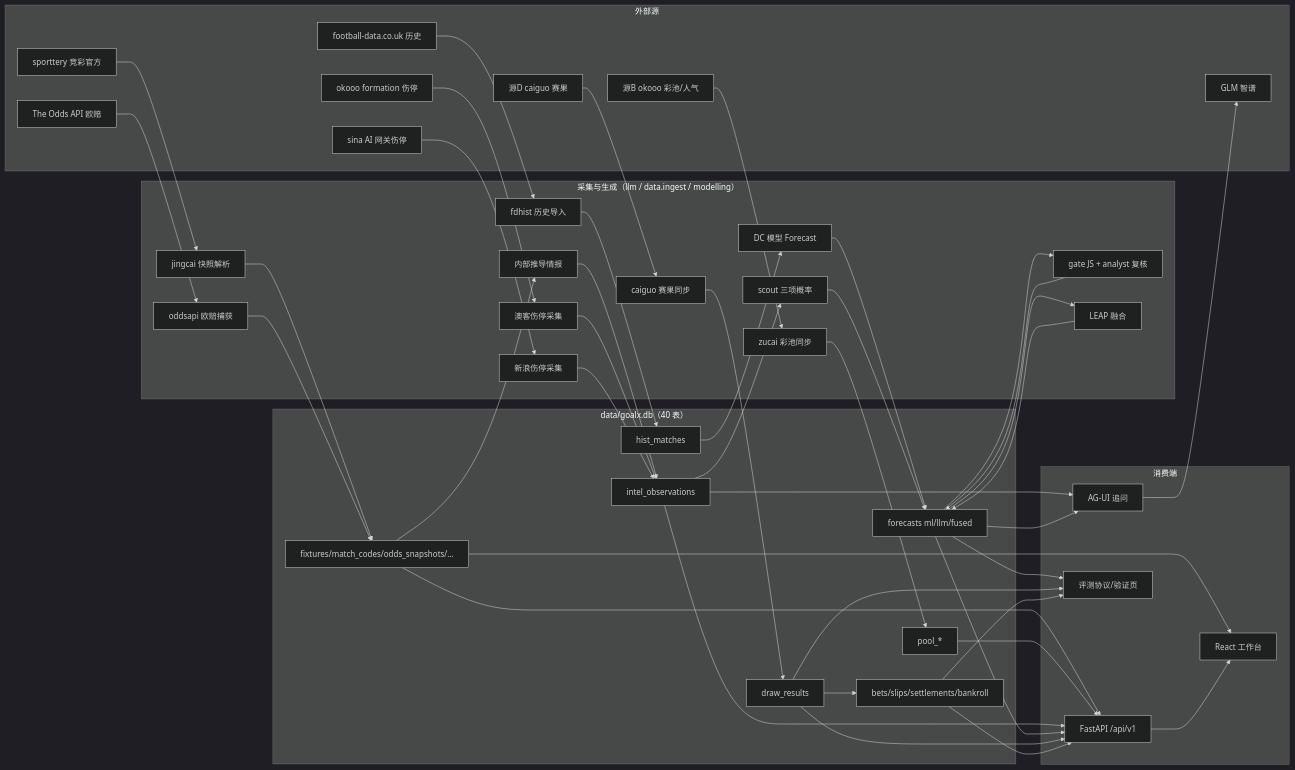
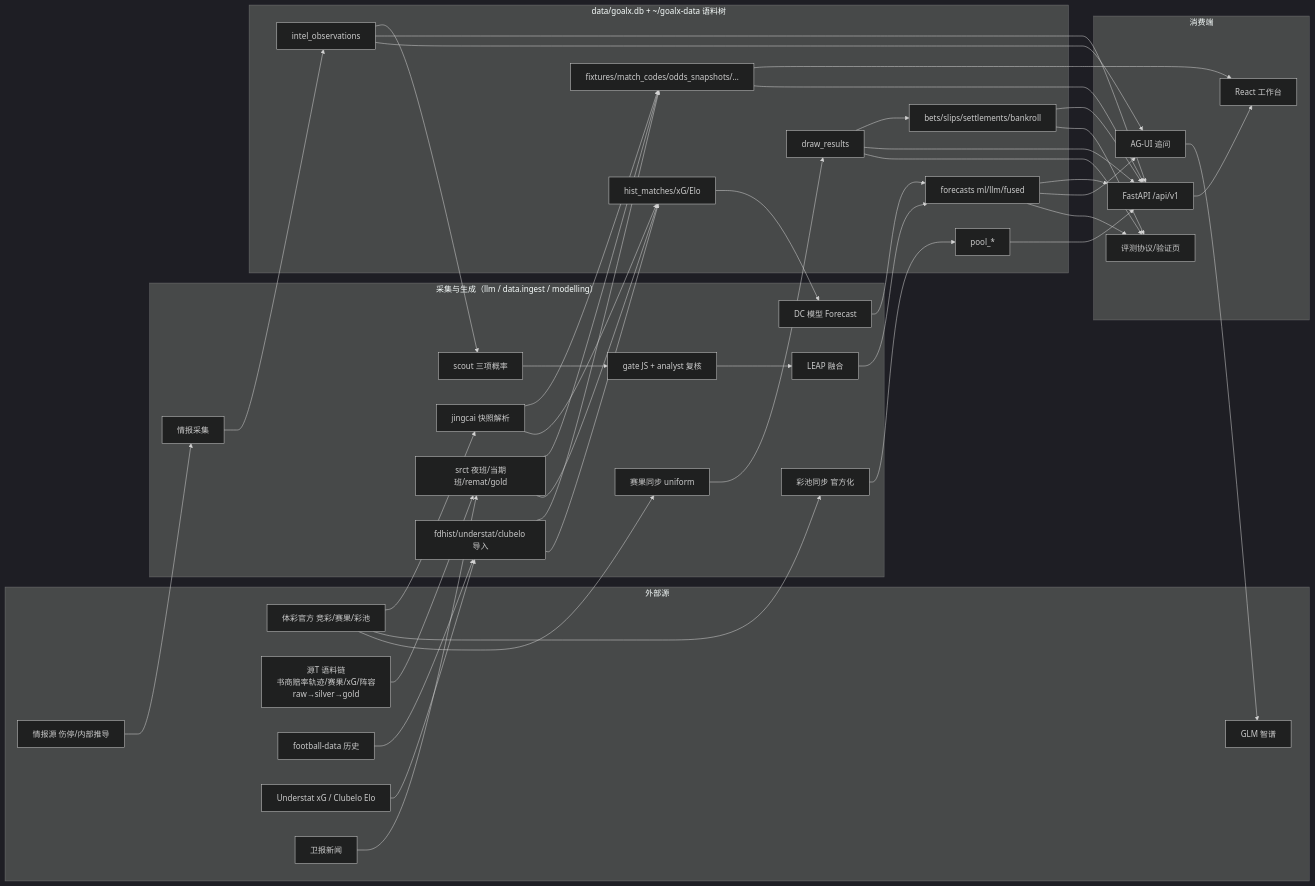
One commit to cosmos-arc/goalx changed the diagram in docs/data-flow.md. Above: the diagram before and after it, drawn with Mermaid (dark theme). The commit also changed other lines of this file and 4 other files, not shown here.

````diff
--- a/docs/data-flow.md
+++ b/docs/data-flow.md
@@ -9,63 +9,59 @@
 ```mermaid
 flowchart LR
     subgraph 外部源
-        SP[sporttery 竞彩官方]
-        OA[The Odds API 欧赔]
-        FD[football-data.co.uk 历史]
-        ZC[源B okooo 彩池/人气]
-        CG[源D caiguo 赛果]
-        OK[okooo formation 伤停]
-        SA[sina AI 网关伤停]
+        SP[体彩官方 竞彩/赛果/彩池]
+        SRCT[源T 语料链\n书商赔率轨迹/赛果/xG/阵容\nraw→silver→gold]
+        FD[football-data 历史]
+        US[Understat xG / Clubelo Elo]
+        GA[卫报新闻]
+        IN[情报源 伤停/内部推导]
         GLM[GLM 智谱]
     end
 
-    subgraph 采集/生成["采集与生成（llm / data.ingest / modelling）"]
+    subgraph 采集与生成["采集与生成（llm / data.ingest / modelling）"]
         C1[jingcai 快照解析]
-        C2[oddsapi 欧赔捕获]
-        C3[fdhist 历史导入]
-        C4[zucai 彩池同步]
-        C5[caiguo 赛果同步]
-        C6[内部推导情报]
-        C7[澳客伤停采集]
-        C8[新浪伤停采集]
+        C2[ srct 夜班/当期班/remat/gold]
+        C3[fdhist/understat/clubelo 导入]
+        C4[彩池同步 官方化]
+        C5[赛果同步 uniform]
+        C6[情报采集]
         SC[scout 三项概率]
-        GA[gate JS + analyst 复核]
+        GA2[gate JS + analyst 复核]
         FU[LEAP 融合]
         DC[DC 模型 Forecast]
     end
 
-    subgraph SQLite["data/goalx.db（40 表）"]
+    subgraph SQLite["data/goalx.db + ~/goalx-data 语料树"]
         T1[fixtures/match_codes/odds_snapshots/…]
-        T2[hist_matches]
+        T2[hist_matches/xG/Elo]
         T3[pool_*]
         T4[intel_observations]
         T5[forecasts ml/llm/fused]
         T6[draw_results]
         T7[bets/slips/settlements/bankroll]
     end
 
     subgraph 消费端
         API[FastAPI /api/v1]
         UI[React 工作台]
         AG[AG-UI 追问]
         EV[评测协议/验证页]
     end
 
-    SP --> C1 --> T1
-    OA --> C2 --> T1
-    FD --> C3 --> T2
-    ZC --> C4 --> T3
-    CG --> C5 --> T6
+    SP --> C1 & C4 & C5
+    SRCT --> C2
+    FD & US --> C3
+    GA --> C2
+    C1 & C2 & C3 --> T1 & T2
+    C4 --> T3
+    C5 --> T6
+    IN --> C6 --> T4
+    T4 --> SC --> GA2 --> FU
     T2 --> DC --> T5
-    T1 --> C6 --> T4
-    OK --> C7 --> T4
-    SA --> C8 --> T4
-    T4 --> SC --> T5
-    T5 --> GA --> T5
-    T5 --> FU --> T5
+    FU --> T5
     T1 --> UI
     T6 --> T7
     T1 & T3 & T4 & T5 & T6 & T7 --> API --> UI
     T4 & T5 --> AG --> GLM
     T5 & T6 & T7 --> EV
 ```
````
